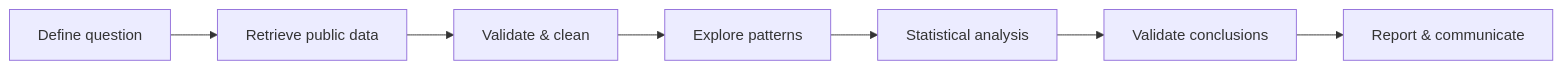
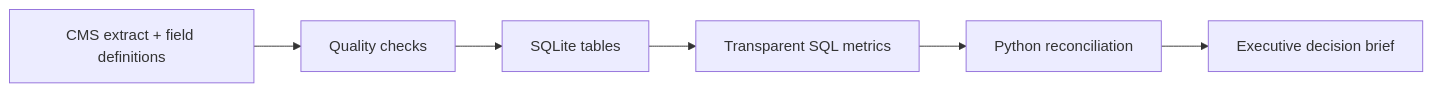
The diagram in README.md (mbilal-OU/PharmaSpend), drawn with Mermaid before and after one commit. The commit also changed other lines of this file, not shown here.

````diff
--- a/README.md
+++ b/README.md
@@ -46,9 +34,8 @@
 ```mermaid
 flowchart LR
-  A["Define question"] --> B["Retrieve public data"]
-  B --> C["Validate & clean"]
-  C --> D["Explore patterns"]
-  D --> E["Statistical analysis"]
-  E --> F["Validate conclusions"]
-  F --> G["Report & communicate"]
+  A["CMS extract + field definitions"] --> B["Quality checks"]
+  B --> C["SQLite tables"]
+  C --> D["Transparent SQL metrics"]
+  D --> E["Python reconciliation"]
+  E --> F["Executive decision brief"]
 ```
````
